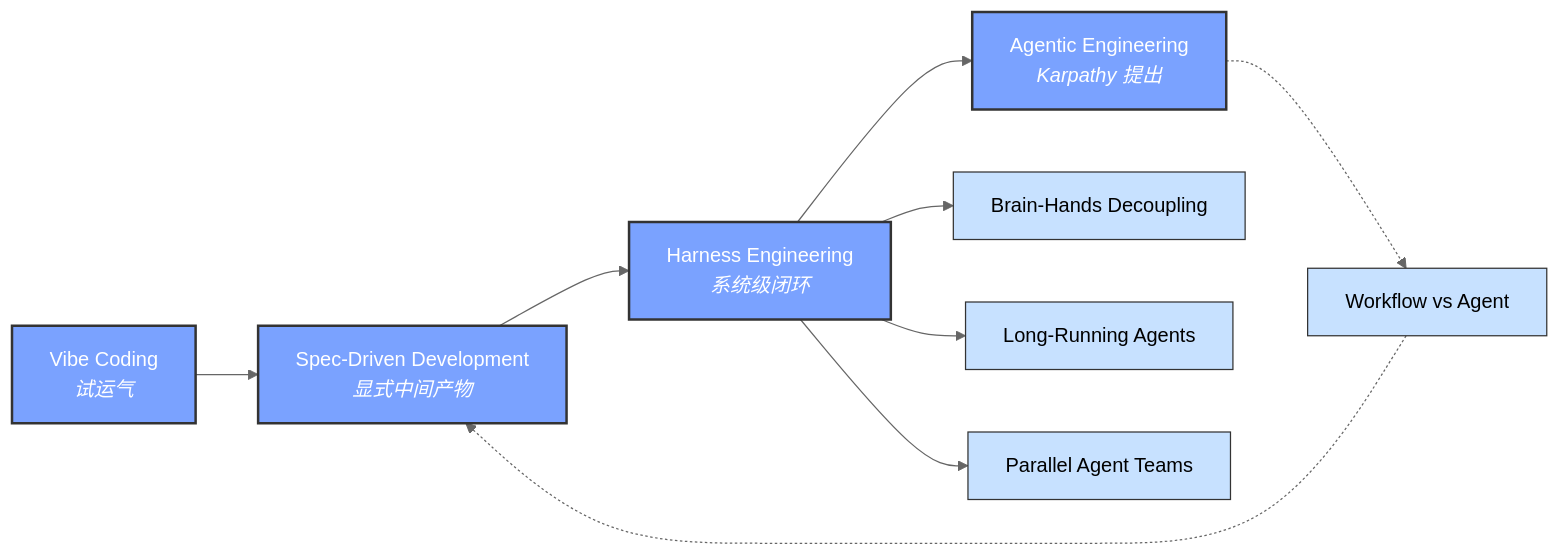
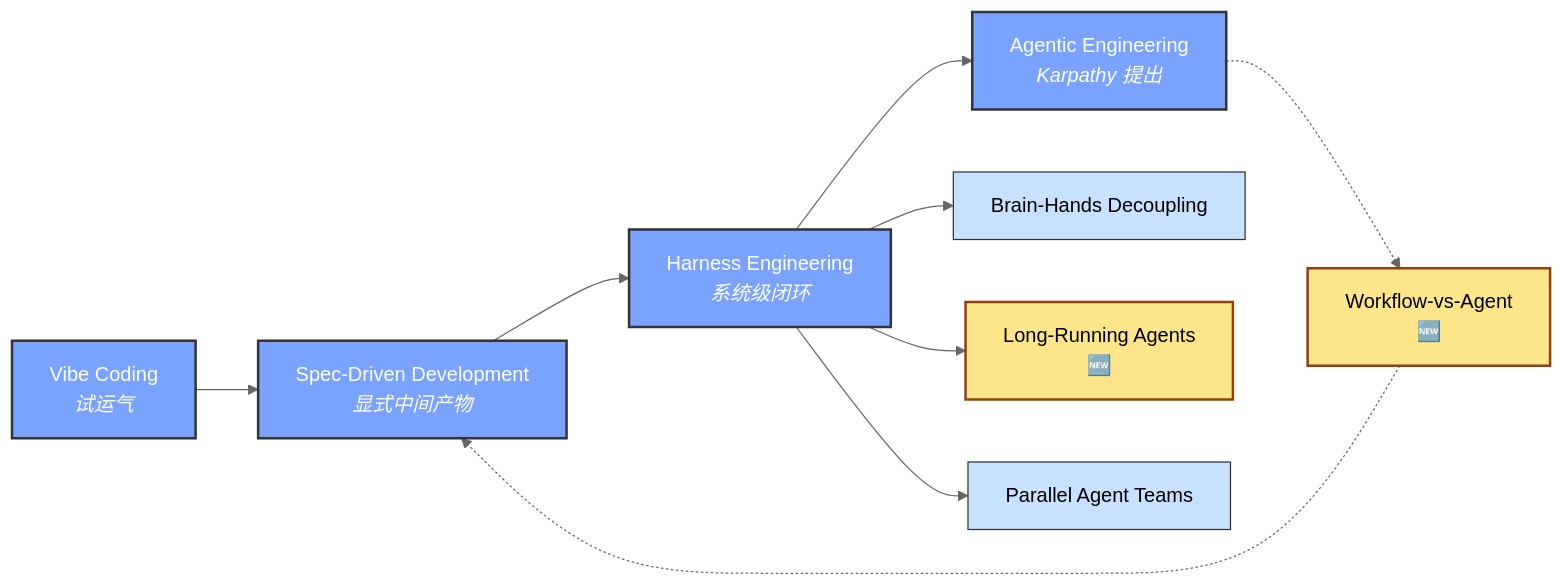
The first of 6 diagrams in content/graph.md (shaowenglu-afk/wiki-public), drawn with Mermaid (neutral theme) before and after one commit. The commit also changed other lines of this file and 95 other files, not shown here.

````diff
--- a/content/graph.md
+++ b/content/graph.md
@@ -23,15 +31,17 @@
 ```mermaid
 flowchart LR
     Vibe[Vibe Coding<br/><i>试运气</i>] --> SDD[Spec-Driven Development<br/><i>显式中间产物</i>]
     SDD --> Harness[Harness Engineering<br/><i>系统级闭环</i>]
     Harness --> AgEng[Agentic Engineering<br/><i>Karpathy 提出</i>]
     Harness --> BHD[Brain-Hands Decoupling]
-    Harness --> LRA[Long-Running Agents]
+    Harness --> LRA[Long-Running Agents<br/>🆕]
     Harness --> PAT[Parallel Agent Teams]
-    AgEng -.-> WvA[Workflow vs Agent]
+    AgEng -.-> WvA[Workflow-vs-Agent<br/>🆕]
     WvA -.-> SDD
     classDef main fill:#7aa2ff,color:#fff,stroke:#333,stroke-width:2px
     classDef sub fill:#c7e1ff,stroke:#333
+    classDef new fill:#fde68a,stroke:#92400e,stroke-width:2px
     class Vibe,SDD,Harness,AgEng main
-    class BHD,LRA,PAT,WvA sub
+    class BHD,PAT sub
+    class LRA,WvA new
 ```
````
